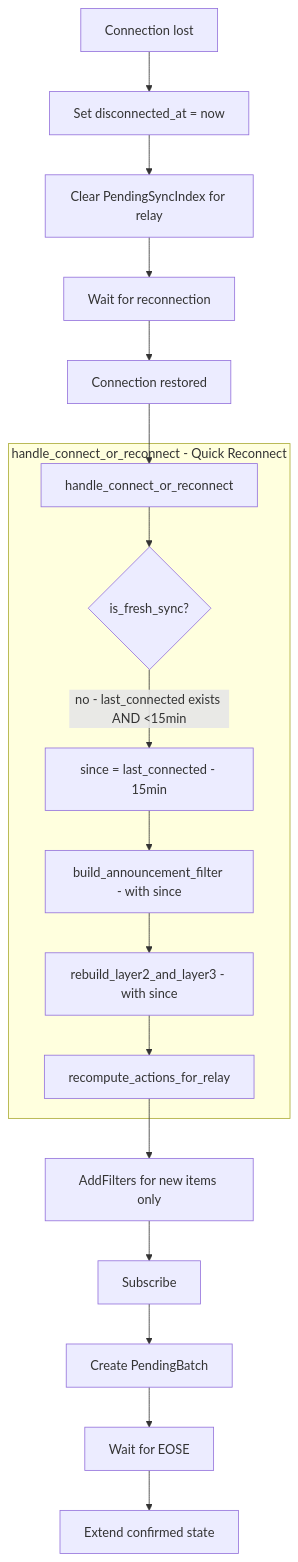
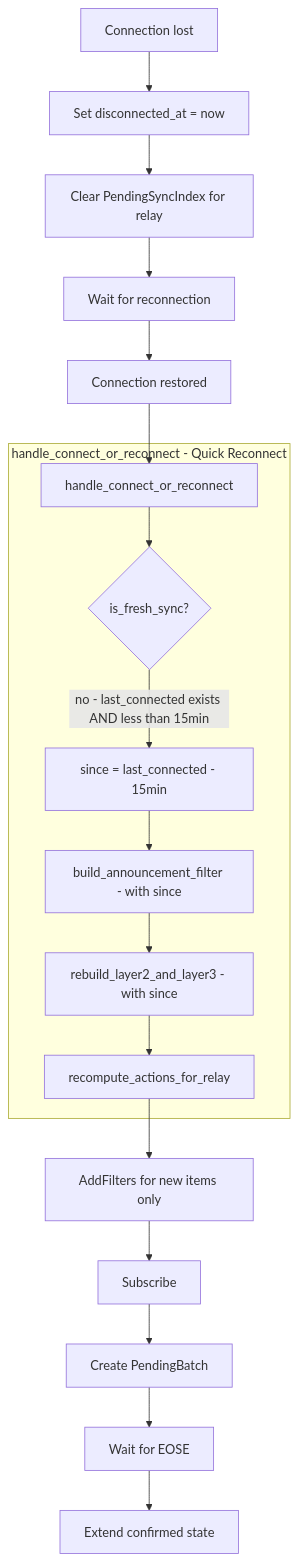
The third of 7 diagrams in docs/explanation/grasp-02-proactive-sync.md (Pleb5/ngit-grasp), drawn with Mermaid before and after one commit. The commit also changed other lines of this file and 1 other file, not shown here.

````diff
--- a/docs/explanation/grasp-02-proactive-sync.md
+++ b/docs/explanation/grasp-02-proactive-sync.md
@@ -171,22 +171,22 @@
 ```mermaid
 flowchart TB
     DISC[Connection lost] --> MARK[Set disconnected_at = now]
     MARK --> CLEAR_PEND[Clear PendingSyncIndex for relay]
     CLEAR_PEND --> WAIT[Wait for reconnection]
     WAIT --> RECONN[Connection restored]
     RECONN --> HC[handle_connect_or_reconnect]
 
     subgraph handle_connect_or_reconnect - Quick Reconnect
         HC --> CHECK{is_fresh_sync?}
-        CHECK --> |no - last_connected exists AND <15min| SINCE[since = last_connected - 15min]
+        CHECK --> |no - last_connected exists AND less than 15min| SINCE[since = last_connected - 15min]
         SINCE --> L1[build_announcement_filter - with since]
         L1 --> L23[rebuild_layer2_and_layer3 - with since]
         L23 --> RCA[recompute_actions_for_relay]
     end
 
     RCA --> AF[AddFilters for new items only]
     AF --> SUB[Subscribe]
     SUB --> PB[Create PendingBatch]
     PB --> EOSE[Wait for EOSE]
     EOSE --> EXTEND[Extend confirmed state]
 ```
````
